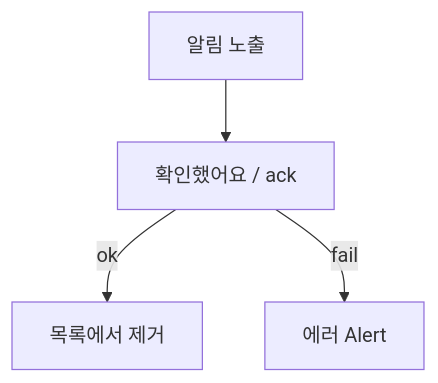
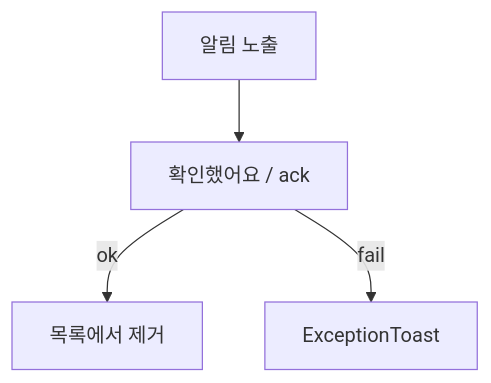
The second of 6 diagrams in docs/flows/family-tab-flow-brief.md (gogleset/yakmuk), drawn with Mermaid before and after one commit. The commit also changed other lines of this file and 9 other files, not shown here.

````diff
--- a/docs/flows/family-tab-flow-brief.md
+++ b/docs/flows/family-tab-flow-brief.md
@@ -114,6 +116,6 @@
 ```mermaid
 flowchart TD
   A[알림 노출] --> B[확인했어요 / ack]
   B -->|ok| C[목록에서 제거]
-  B -->|fail| D[에러 Alert]
+  B -->|fail| D[ExceptionToast]
 ```
````
